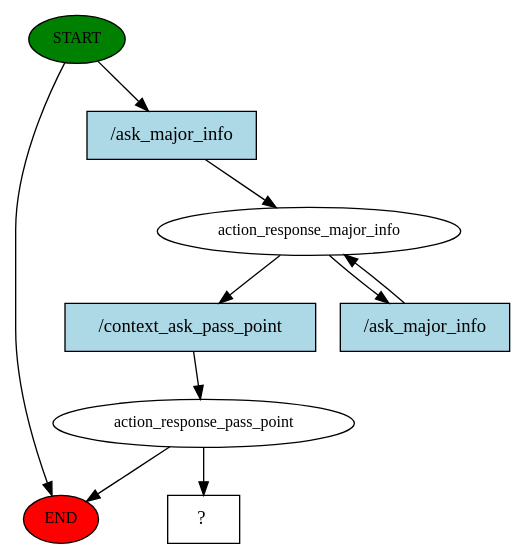
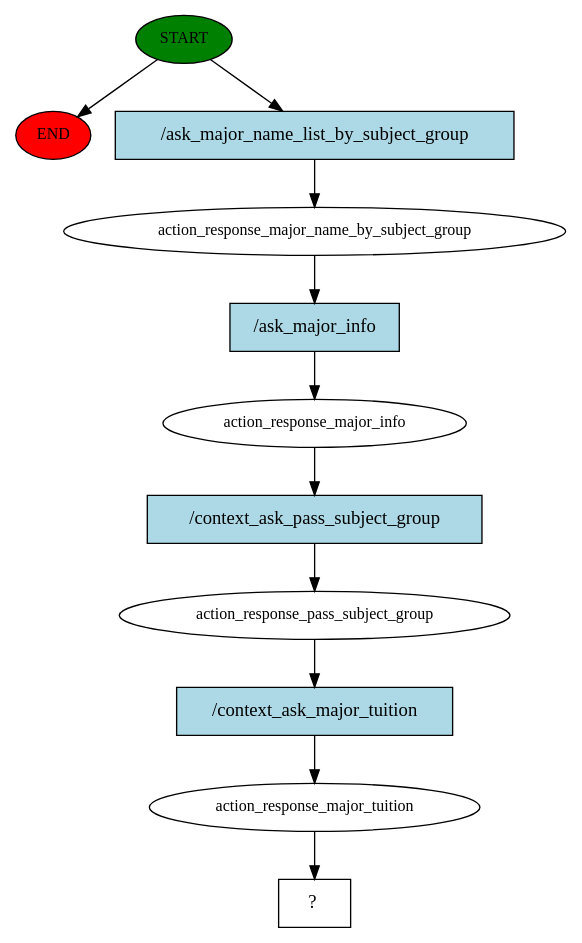
Before and after one commit to Jester6136/Edubot: the diagram in story_graph.dot, drawn with Graphviz. The commit also changed 6 other files, not shown here.

```diff
--- a/story_graph.dot
+++ b/story_graph.dot
@@ -1,19 +1,23 @@
 digraph  {
 0 [class="start active", fillcolor=green, fontsize=12, label=START, style=filled];
 "-1" [class=end, fillcolor=red, fontsize=12, label=END, style=filled];
-1 [class=active, fontsize=12, label=action_response_major_info];
-3 [class=active, fontsize=12, label=action_response_pass_point];
-7 [class="intent dashed active", label="  ?  ", shape=rect];
-8 [class="intent active", fillcolor=lightblue, label="/ask_major_info", shape=rect, style=filled];
-9 [class="intent active", fillcolor=lightblue, label="/context_ask_pass_point", shape=rect, style=filled];
-10 [class="intent active", fillcolor=lightblue, label="/ask_major_info", shape=rect, style=filled];
+1 [class=active, fontsize=12, label=action_response_major_name_by_subject_group];
+2 [class=active, fontsize=12, label=action_response_major_info];
+3 [class=active, fontsize=12, label=action_response_pass_subject_group];
+4 [class=active, fontsize=12, label=action_response_major_tuition];
+5 [class="intent dashed active", label="  ?  ", shape=rect];
+6 [class="intent active", fillcolor=lightblue, label="/ask_major_name_list_by_subject_group", shape=rect, style=filled];
+7 [class="intent active", fillcolor=lightblue, label="/ask_major_info", shape=rect, style=filled];
+8 [class="intent active", fillcolor=lightblue, label="/context_ask_pass_subject_group", shape=rect, style=filled];
+9 [class="intent active", fillcolor=lightblue, label="/context_ask_major_tuition", shape=rect, style=filled];
 0 -> "-1"  [class="", key=NONE, label=""];
-0 -> 8  [class=active, key=0];
-1 -> 9  [class=active, key=0];
-1 -> 10  [class=active, key=0];
-3 -> "-1"  [class="", key=NONE, label=""];
-3 -> 7  [class=active, key=NONE, label=""];
-8 -> 1  [class=active, key=0];
-9 -> 3  [class=active, key=0];
-10 -> 1  [class=active, key=0];
+0 -> 6  [class=active, key=0];
+1 -> 7  [class=active, key=0];
+2 -> 8  [class=active, key=0];
+3 -> 9  [class=active, key=0];
+4 -> 5  [class=active, key=NONE, label=""];
+6 -> 1  [class=active, key=0];
+7 -> 2  [class=active, key=0];
+8 -> 3  [class=active, key=0];
+9 -> 4  [class=active, key=0];
 }
```
